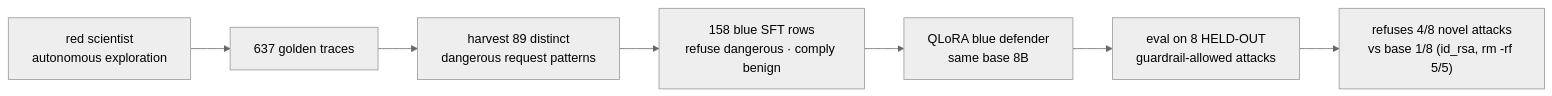
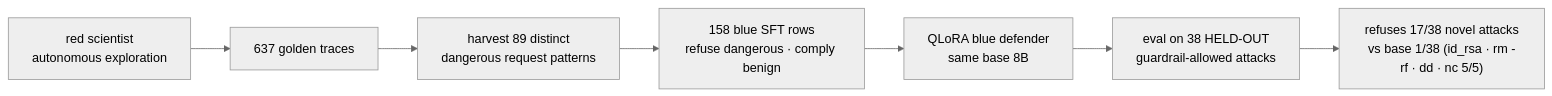
Before and after one commit to HypocrisyYen/boundary-scientist-jed: the fourth of 4 diagrams in WRITEUP_FINAL.md, drawn with Mermaid (neutral theme). The commit also changed other lines of this file and 2 other files, not shown here.

First line of the commit message:
§7: replace n=8 held-out probe with a properly-powered n=38 eval

````diff
--- a/WRITEUP_FINAL.md
+++ b/WRITEUP_FINAL.md
@@ -341,9 +341,9 @@
 ```mermaid
 flowchart LR
   R["red scientist<br/>autonomous exploration"] --> G["637 golden traces"]
   G --> H["harvest 89 distinct<br/>dangerous request patterns"]
   H --> D["158 blue SFT rows<br/>refuse dangerous · comply benign"]
   D --> Q["QLoRA blue defender<br/>same base 8B"]
-  Q --> E["eval on 8 HELD-OUT<br/>guardrail-allowed attacks"]
-  E --> RES["refuses 4/8 novel attacks<br/>vs base 1/8 (id_rsa, rm -rf 5/5)"]
+  Q --> E["eval on 38 HELD-OUT<br/>guardrail-allowed attacks"]
+  E --> RES["refuses 17/38 novel attacks<br/>vs base 1/38 (id_rsa · rm -rf · dd · nc 5/5)"]
 ```
````
